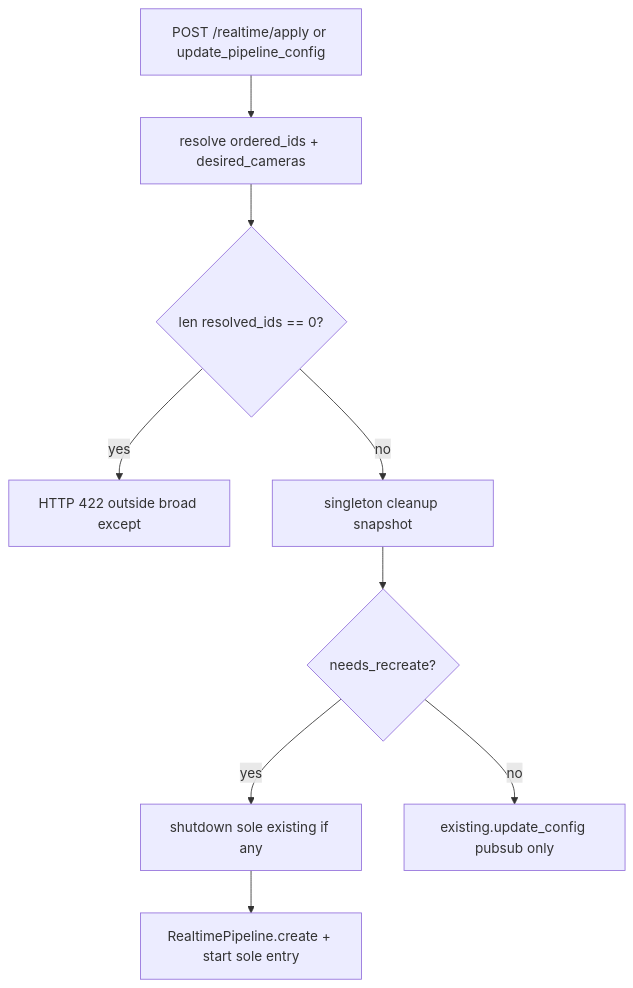
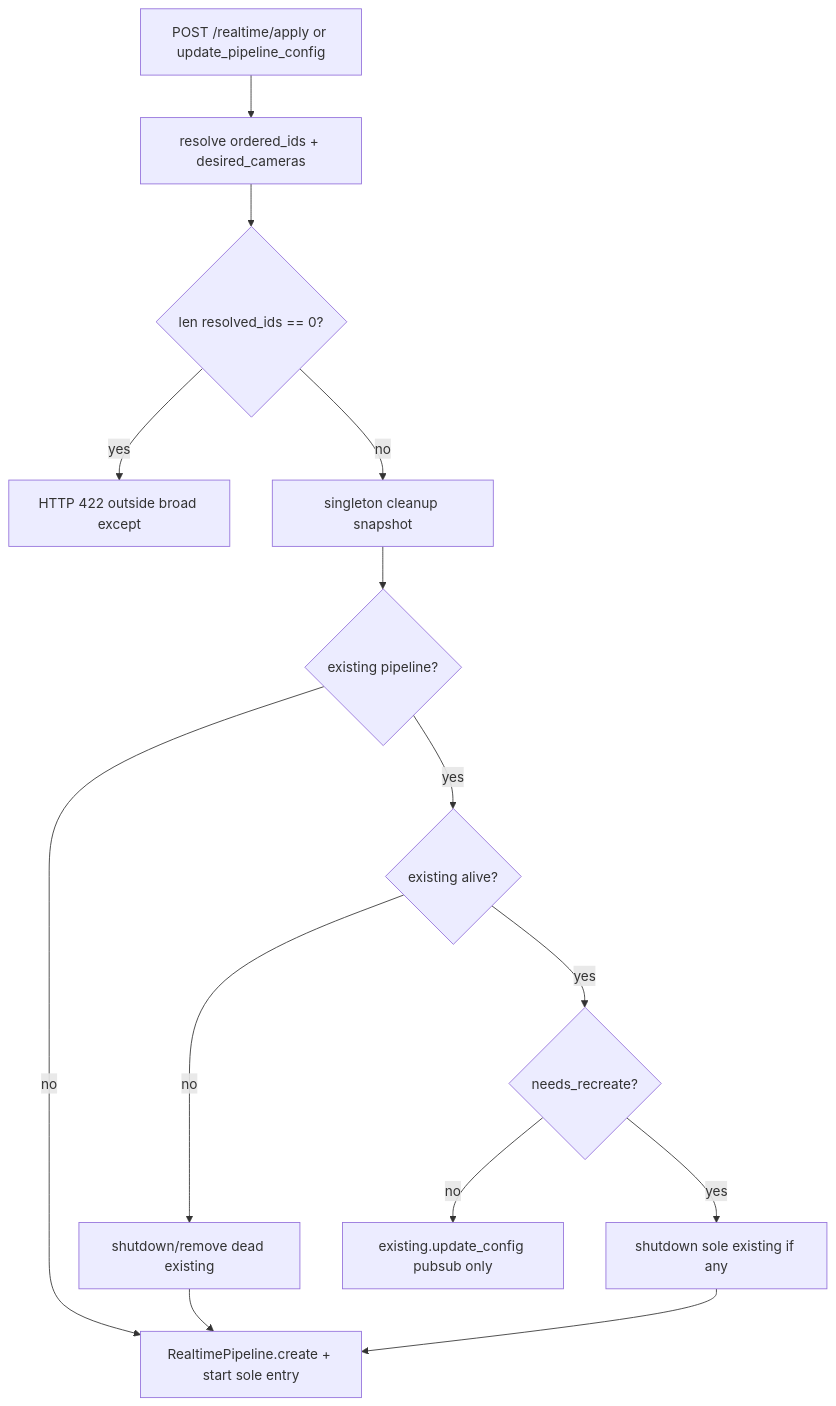
The second of 2 diagrams in plans/20_single_global_realtime_pipeline.plan.md (domisjustanumber/skellytracker), drawn with Mermaid before and after one commit. The commit also changed other lines of this file and 3 other files, not shown here.

First line of the commit message:
Expand plan 20 single-global realtime pipeline spec and related docs.

````diff
--- a/plans/20_single_global_realtime_pipeline.plan.md
+++ b/plans/20_single_global_realtime_pipeline.plan.md
@@ -886,11 +1211,16 @@
 ```mermaid
 flowchart TD
   apply[POST /realtime/apply or update_pipeline_config] --> resolve[resolve ordered_ids + desired_cameras]
   resolve --> zeroCam{len resolved_ids == 0?}
   zeroCam -->|yes| reject422[HTTP 422 outside broad except]
   zeroCam -->|no| enforce[singleton cleanup snapshot]
-  enforce --> needsRec{needs_recreate?}
+  enforce --> exists{existing pipeline?}
+  exists -->|no| newPipe[RealtimePipeline.create + start sole entry]
+  exists -->|yes| alive{existing alive?}
+  alive -->|no| shutdownDead[shutdown/remove dead existing]
+  shutdownDead --> newPipe
+  alive -->|yes| needsRec{needs_recreate?}
   needsRec -->|yes| shutdownExisting[shutdown sole existing if any]
-  shutdownExisting --> newPipe[RealtimePipeline.create + start sole entry]
+  shutdownExisting --> newPipe
   needsRec -->|no| pubsub[existing.update_config pubsub only]
 ```
````
